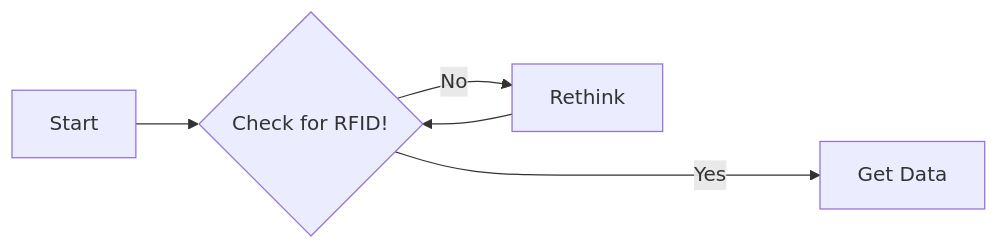
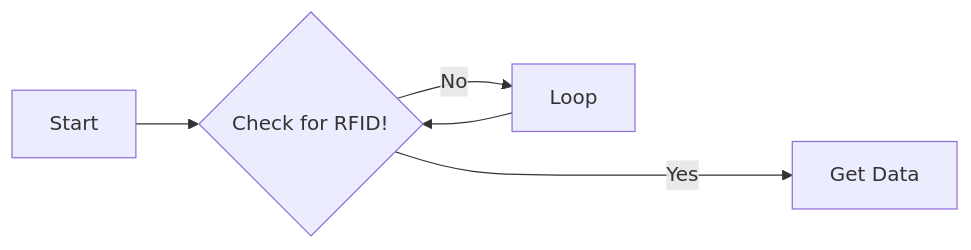
The diagram in Readme.md (Kuriyy/Smart-Lock), drawn with Mermaid before and after one commit.

````diff
--- a/Readme.md
+++ b/Readme.md
@@ -164,7 +164,7 @@
 ```mermaid
 graph LR;
     A[Start] --> B{Check for RFID!}
-    B -->|No| D[Rethink]
+    B -->|No| D[Loop]
     D --> B
     B ---->|Yes| E[Get Data]
 ```
````
